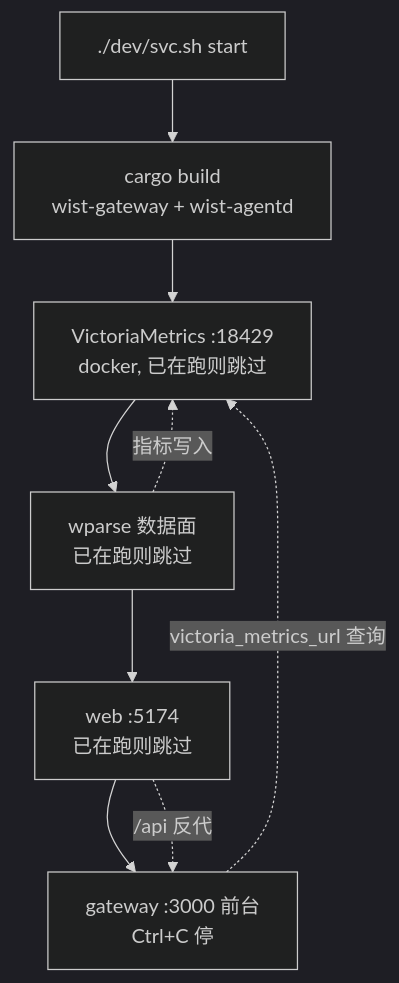
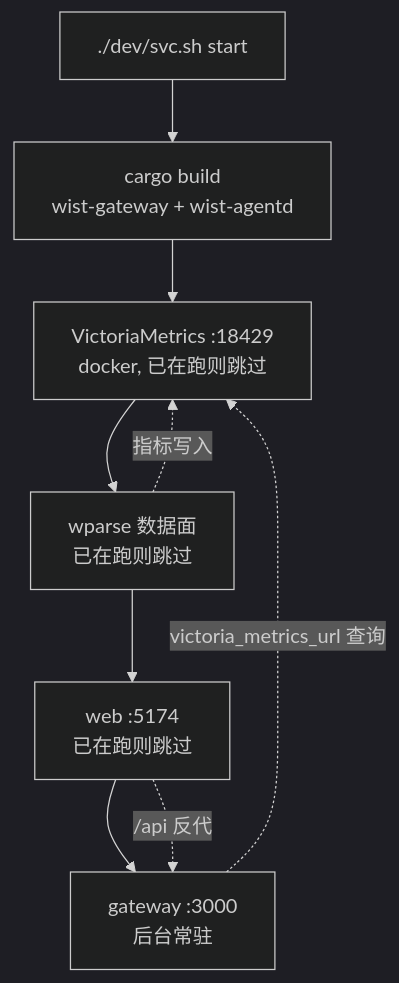
The diagram in dev/README.md (dayu-sec/wist-gateway-stack), drawn with Mermaid (dark theme) before and after one commit. The commit also changed other lines of this file and 2 other files, not shown here.

First line of the commit message:
dev(svc): gateway 改后台常驻，五个组件全部后台、start 起完即返回

````diff
--- a/dev/README.md
+++ b/dev/README.md
@@ -107,11 +107,11 @@
 ```mermaid
 graph TD
     SVC["./dev/svc.sh start"] --> BUILD["cargo build<br/>wist-gateway + wist-agentd"]
     BUILD --> VM["VictoriaMetrics :18429<br/>docker, 已在跑则跳过"]
     VM --> WP["wparse 数据面<br/>已在跑则跳过"]
     WP --> WEB["web :5174<br/>已在跑则跳过"]
-    WEB --> GW["gateway :3000 前台<br/>Ctrl+C 停"]
+    WEB --> GW["gateway :3000<br/>后台常驻"]
     WP -. 指标写入 .-> VM
     WEB -. /api 反代 .-> GW
     GW -. victoria_metrics_url 查询 .-> VM
 ```
````
